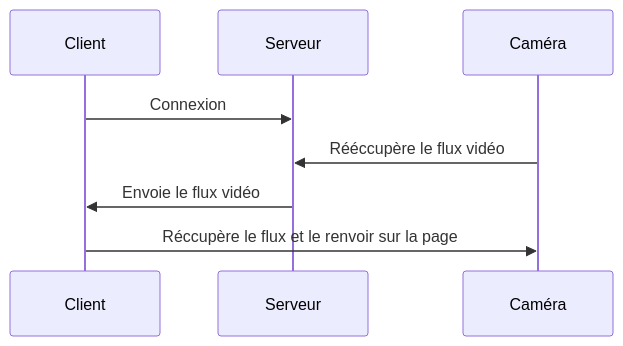
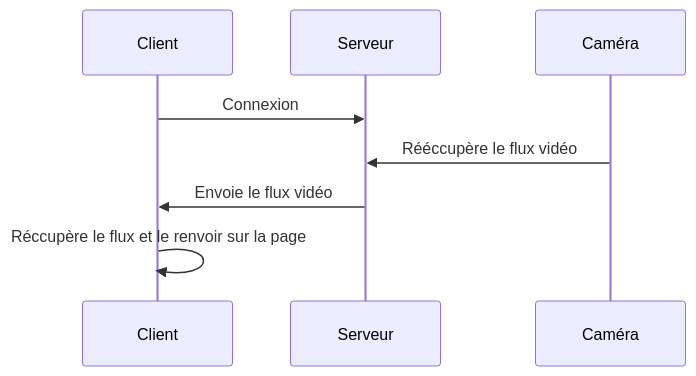
Before and after one commit to athomsAF/camera_app: the diagram in sphinx/source/example.md, drawn with Mermaid. The commit also changed 5 other files, not shown here.

````diff
--- a/sphinx/source/example.md
+++ b/sphinx/source/example.md
@@ -6,9 +6,9 @@
 ```{mermaid}
 sequenceDiagram
 
     Client->>Serveur: Connexion
     Caméra->>Serveur: Rééccupère le flux vidéo
     Serveur->>Client: Envoie le flux vidéo
-    Client->>Caméra: Réccupère le flux et le renvoir sur la page
+    Client->>Client: Réccupère le flux et le renvoir sur la page
 
 ```
````
